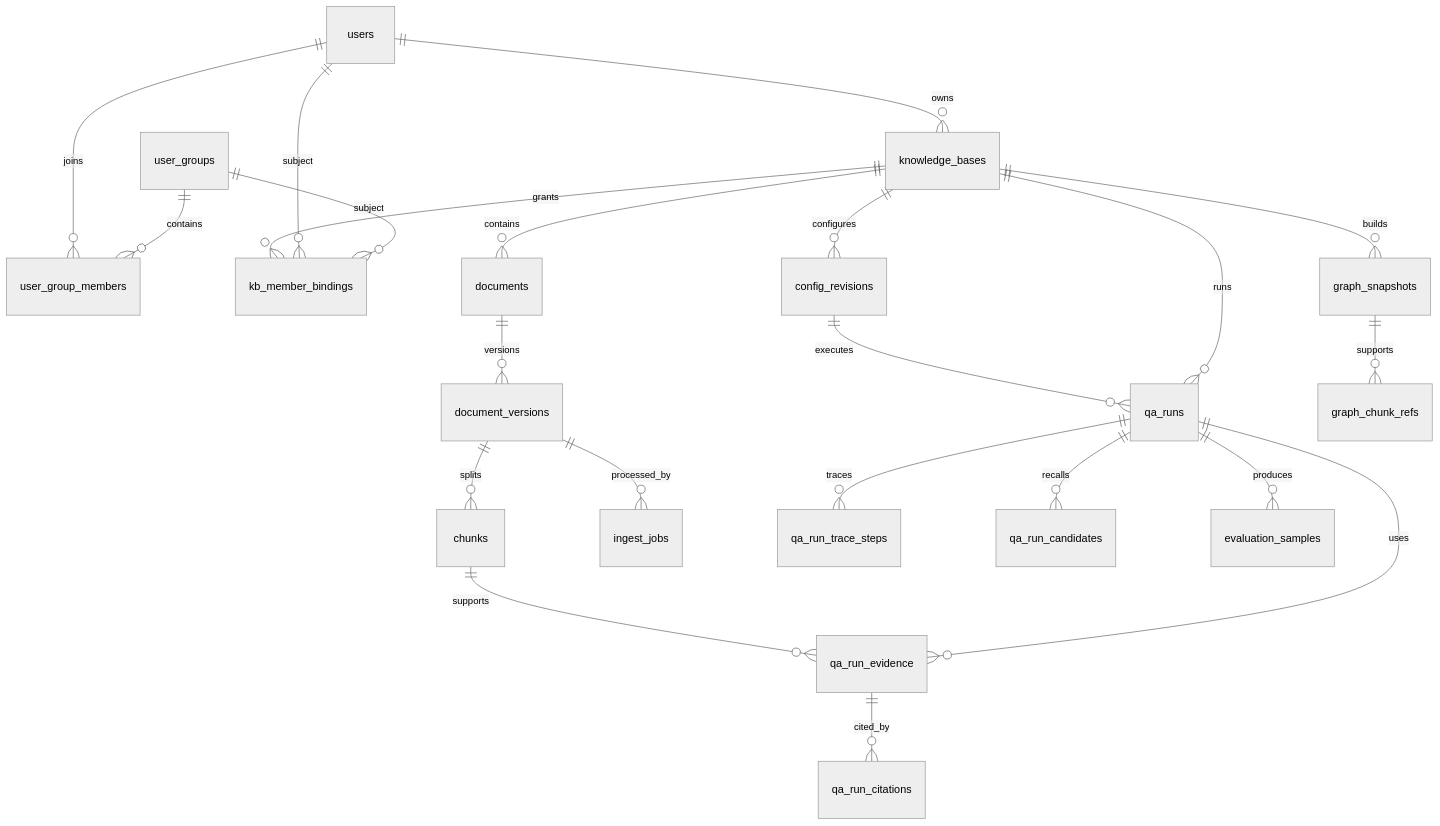
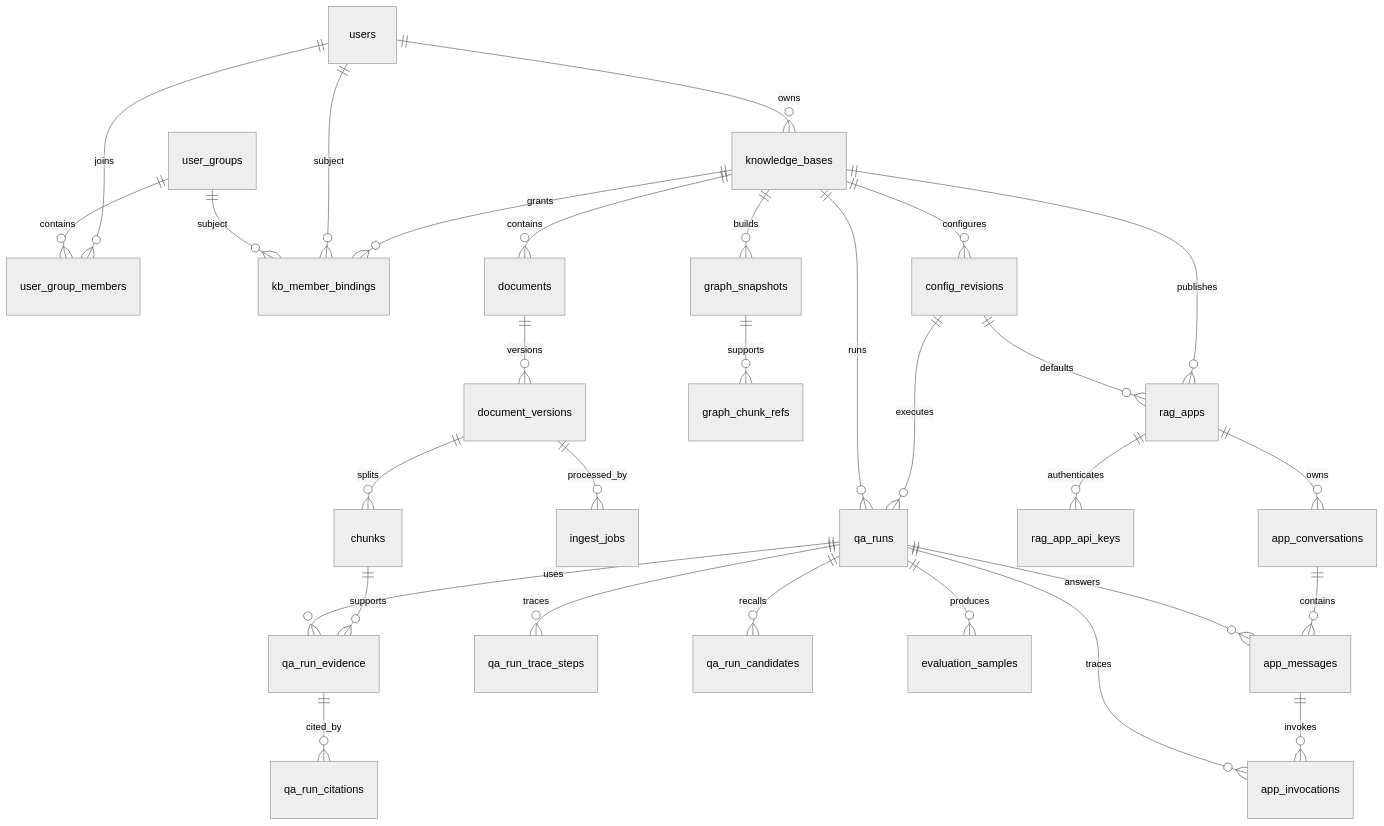
One commit to jinguoyang/RAG-Lab changed the diagram in docs/03-系统设计/数据模型设计.md. Above: the diagram before and after it, drawn with Mermaid (neutral theme). The commit also changed other lines of this file and 17 other files, not shown here.

````diff
--- a/docs/03-系统设计/数据模型设计.md
+++ b/docs/03-系统设计/数据模型设计.md
@@ -69,24 +69,32 @@
 ```mermaid
 erDiagram
     users ||--o{ user_group_members : joins
     user_groups ||--o{ user_group_members : contains
     users ||--o{ knowledge_bases : owns
     knowledge_bases ||--o{ kb_member_bindings : grants
     users ||--o{ kb_member_bindings : subject
     user_groups ||--o{ kb_member_bindings : subject
     knowledge_bases ||--o{ documents : contains
     documents ||--o{ document_versions : versions
     document_versions ||--o{ chunks : splits
     document_versions ||--o{ ingest_jobs : processed_by
     chunks ||--o{ qa_run_evidence : supports
     knowledge_bases ||--o{ config_revisions : configures
     config_revisions ||--o{ qa_runs : executes
     knowledge_bases ||--o{ qa_runs : runs
     qa_runs ||--o{ qa_run_trace_steps : traces
     qa_runs ||--o{ qa_run_candidates : recalls
     qa_runs ||--o{ qa_run_evidence : uses
     qa_run_evidence ||--o{ qa_run_citations : cited_by
     qa_runs ||--o{ evaluation_samples : produces
     knowledge_bases ||--o{ graph_snapshots : builds
     graph_snapshots ||--o{ graph_chunk_refs : supports
+    knowledge_bases ||--o{ rag_apps : publishes
+    config_revisions ||--o{ rag_apps : defaults
+    rag_apps ||--o{ rag_app_api_keys : authenticates
+    rag_apps ||--o{ app_conversations : owns
+    app_conversations ||--o{ app_messages : contains
+    app_messages ||--o{ app_invocations : invokes
+    qa_runs ||--o{ app_messages : answers
+    qa_runs ||--o{ app_invocations : traces
 ```
````
